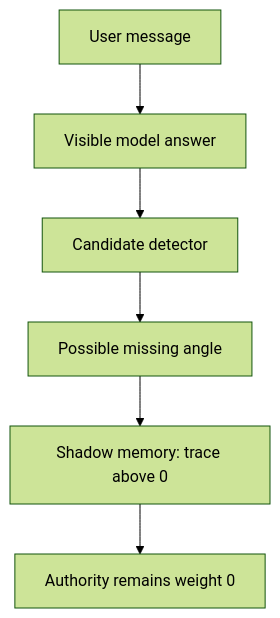
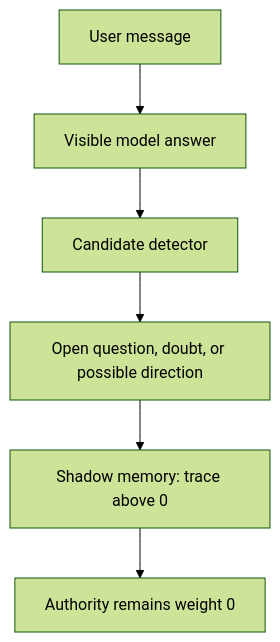
One commit to E-AI-MODEL/shadowseed-pro changed the second of 4 diagrams in docs/architecture/high-level-design.md. Above: the diagram before and after it, drawn with Mermaid (forest theme). The commit also changed other lines of this file, not shown here.

````diff
--- a/docs/architecture/high-level-design.md
+++ b/docs/architecture/high-level-design.md
@@ -74,8 +74,8 @@
 ```mermaid
 flowchart TD
     A[User message] --> B[Visible model answer]
     B --> C[Candidate detector]
-    C --> D[Possible missing angle]
+    C --> D[Open question, doubt, or possible direction]
     D --> E[Shadow memory: trace above 0]
     E --> F[Authority remains weight 0]
 ```
````
